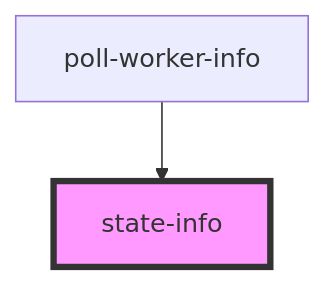
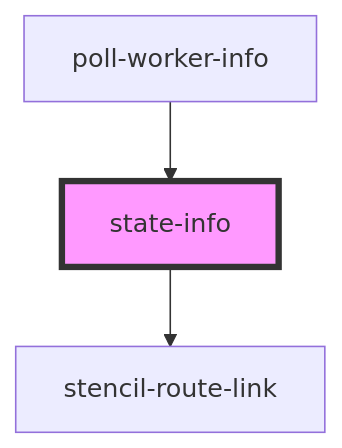
Before and after one commit to pizza-to-the-polls/power-the-polls: the diagram in site/src/components/state-info/readme.md, drawn with Mermaid. The commit also changed other lines of this file and 8 other files, not shown here.

````diff
--- a/site/src/components/state-info/readme.md
+++ b/site/src/components/state-info/readme.md
@@ -23,5 +27,6 @@
 ```mermaid
 graph TD;
+  state-info --> stencil-route-link
   poll-worker-info --> state-info
   style state-info fill:#f9f,stroke:#333,stroke-width:4px
 ```
````
